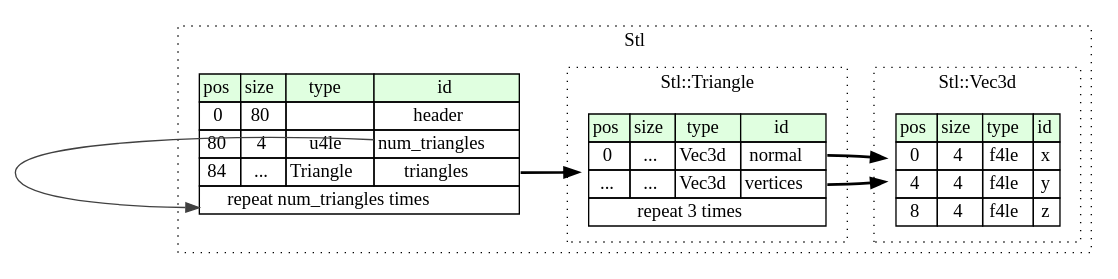
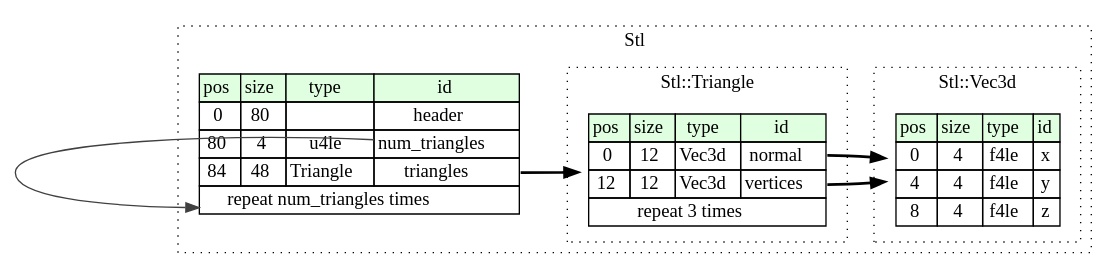
Before and after one commit to kaitai-io/formats-kaitai-io.github.io: the diagram in stl/src/graphviz/stl.dot, drawn with Graphviz. The commit also changed 1654 other files, not shown here.

```diff
--- a/stl/src/graphviz/stl.dot
+++ b/stl/src/graphviz/stl.dot
@@ -1,42 +1,42 @@
 digraph {
 	rankdir=LR;
 	node [shape=plaintext];
 	subgraph cluster__stl {
 		label="Stl";
 		graph[style=dotted];
 
 		stl__seq [label=<<TABLE BORDER="0" CELLBORDER="1" CELLSPACING="0">
 			<TR><TD BGCOLOR="#E0FFE0">pos</TD><TD BGCOLOR="#E0FFE0">size</TD><TD BGCOLOR="#E0FFE0">type</TD><TD BGCOLOR="#E0FFE0">id</TD></TR>
 			<TR><TD PORT="header_pos">0</TD><TD PORT="header_size">80</TD><TD></TD><TD PORT="header_type">header</TD></TR>
 			<TR><TD PORT="num_triangles_pos">80</TD><TD PORT="num_triangles_size">4</TD><TD>u4le</TD><TD PORT="num_triangles_type">num_triangles</TD></TR>
-			<TR><TD PORT="triangles_pos">84</TD><TD PORT="triangles_size">...</TD><TD>Triangle</TD><TD PORT="triangles_type">triangles</TD></TR>
+			<TR><TD PORT="triangles_pos">84</TD><TD PORT="triangles_size">48</TD><TD>Triangle</TD><TD PORT="triangles_type">triangles</TD></TR>
 			<TR><TD COLSPAN="4" PORT="triangles__repeat">repeat num_triangles times</TD></TR>
 		</TABLE>>];
 		subgraph cluster__triangle {
 			label="Stl::Triangle";
 			graph[style=dotted];
 
 			triangle__seq [label=<<TABLE BORDER="0" CELLBORDER="1" CELLSPACING="0">
 				<TR><TD BGCOLOR="#E0FFE0">pos</TD><TD BGCOLOR="#E0FFE0">size</TD><TD BGCOLOR="#E0FFE0">type</TD><TD BGCOLOR="#E0FFE0">id</TD></TR>
-				<TR><TD PORT="normal_pos">0</TD><TD PORT="normal_size">...</TD><TD>Vec3d</TD><TD PORT="normal_type">normal</TD></TR>
-				<TR><TD PORT="vertices_pos">...</TD><TD PORT="vertices_size">...</TD><TD>Vec3d</TD><TD PORT="vertices_type">vertices</TD></TR>
+				<TR><TD PORT="normal_pos">0</TD><TD PORT="normal_size">12</TD><TD>Vec3d</TD><TD PORT="normal_type">normal</TD></TR>
+				<TR><TD PORT="vertices_pos">12</TD><TD PORT="vertices_size">12</TD><TD>Vec3d</TD><TD PORT="vertices_type">vertices</TD></TR>
 				<TR><TD COLSPAN="4" PORT="vertices__repeat">repeat 3 times</TD></TR>
 			</TABLE>>];
 		}
 		subgraph cluster__vec3d {
 			label="Stl::Vec3d";
 			graph[style=dotted];
 
 			vec3d__seq [label=<<TABLE BORDER="0" CELLBORDER="1" CELLSPACING="0">
 				<TR><TD BGCOLOR="#E0FFE0">pos</TD><TD BGCOLOR="#E0FFE0">size</TD><TD BGCOLOR="#E0FFE0">type</TD><TD BGCOLOR="#E0FFE0">id</TD></TR>
 				<TR><TD PORT="x_pos">0</TD><TD PORT="x_size">4</TD><TD>f4le</TD><TD PORT="x_type">x</TD></TR>
 				<TR><TD PORT="y_pos">4</TD><TD PORT="y_size">4</TD><TD>f4le</TD><TD PORT="y_type">y</TD></TR>
 				<TR><TD PORT="z_pos">8</TD><TD PORT="z_size">4</TD><TD>f4le</TD><TD PORT="z_type">z</TD></TR>
 			</TABLE>>];
 		}
 	}
 	stl__seq:triangles_type -> triangle__seq [style=bold];
 	stl__seq:num_triangles_type -> stl__seq:triangles__repeat [color="#404040"];
 	triangle__seq:normal_type -> vec3d__seq [style=bold];
 	triangle__seq:vertices_type -> vec3d__seq [style=bold];
 }
```
